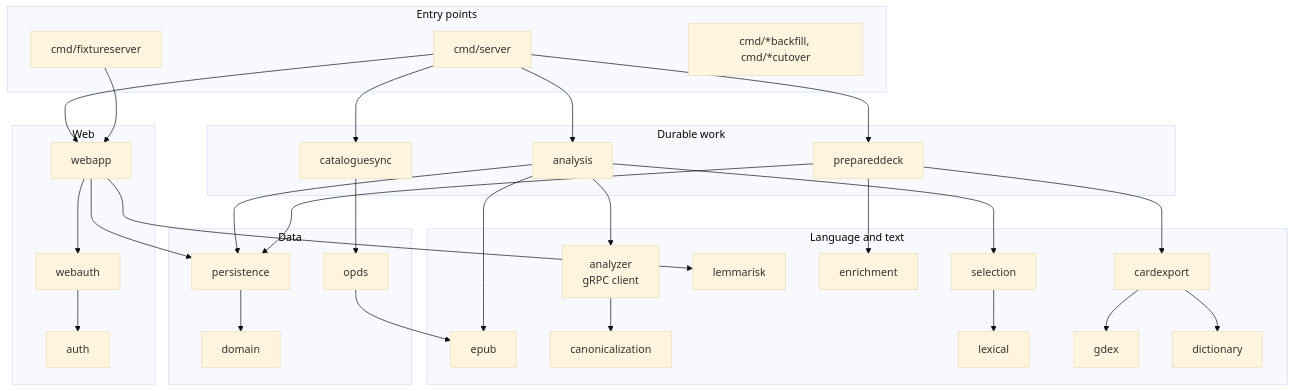
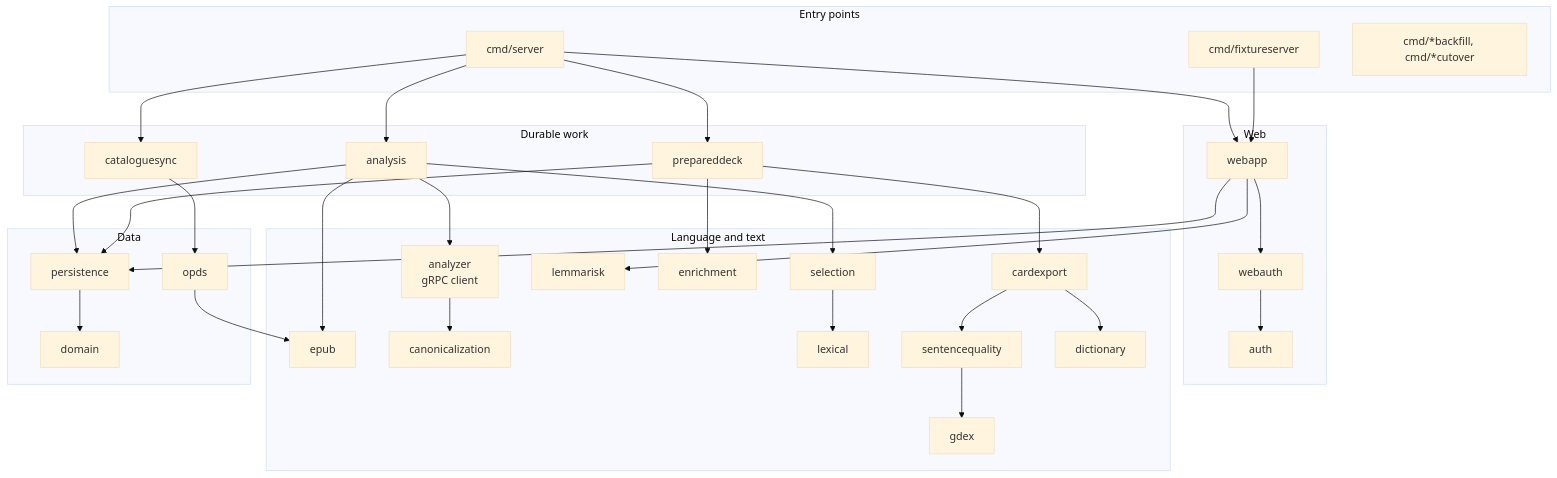
Before and after one commit to justin-hayes/mouseion: the sixth of 6 diagrams in ARCHITECTURE.md, drawn with Mermaid (base theme). The commit also changed other lines of this file and 12 other files, not shown here.

````diff
--- a/ARCHITECTURE.md
+++ b/ARCHITECTURE.md
@@ -258,46 +258,48 @@
 ```mermaid
 flowchart TB
     subgraph entry[Entry points]
         server[cmd/server]
         fixture[cmd/fixtureserver]
         tools[cmd/*backfill, cmd/*cutover]
     end
     subgraph web[Web]
         webapp[webapp]
         webauth[webauth]
         auth[auth]
     end
     subgraph jobs[Durable work]
         analysis[analysis]
         cataloguesync[cataloguesync]
         prepareddeck[prepareddeck]
     end
     subgraph lang[Language and text]
         epub[epub]
         analyzer[analyzer<br/>gRPC client]
         canonicalization[canonicalization]
         selection[selection]
         lexical[lexical]
         gdex[gdex]
+        sentencequality[sentencequality]
         lemmarisk[lemmarisk]
         dictionary[dictionary]
         enrichment[enrichment]
         cardexport[cardexport]
     end
     subgraph data[Data]
         domain[domain]
         persistence[persistence]
         opds[opds]
     end
     server --> webapp & analysis & cataloguesync & prepareddeck
     fixture --> webapp
     webapp --> webauth --> auth
     webapp --> persistence & lemmarisk
     analysis --> epub & analyzer & selection & persistence
     cataloguesync --> opds --> epub
     prepareddeck --> cardexport & enrichment & persistence
-    cardexport --> gdex & dictionary
+    cardexport --> sentencequality & dictionary
+    sentencequality --> gdex
     selection --> lexical
     analyzer --> canonicalization
     persistence --> domain
 ```
````
